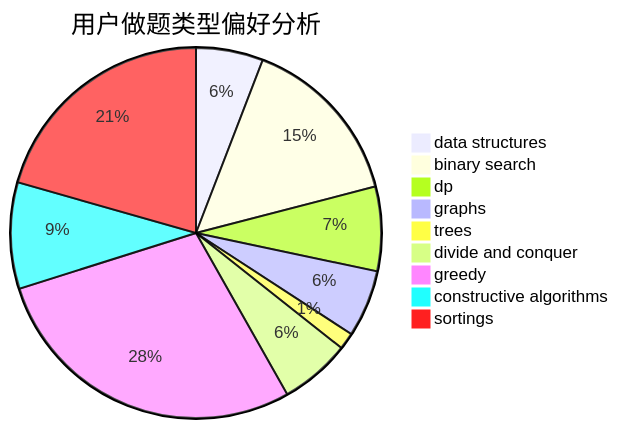
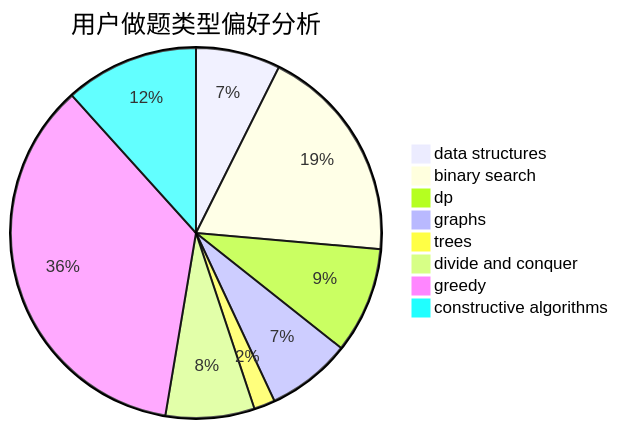
One commit to sherpahu/cfrs.github.io changed the second of 3 diagrams in docs/user/u587.md. Above: the diagram before and after it, drawn with Mermaid. The commit also changed other lines of this file and 2769 other files, not shown here.

````diff
--- a/docs/user/u587.md
+++ b/docs/user/u587.md
@@ -18,12 +18,11 @@
 ```mermaid
 pie title 用户做题类型偏好分析
     "data structures" :  156
     "binary search" :  402
     "dp" :  196
     "graphs" :  156
     "trees" :  39
     "divide and conquer" :  164
     "greedy" :  754
     "constructive algorithms" :  247
-    "sortings" :  548
 ```
````
